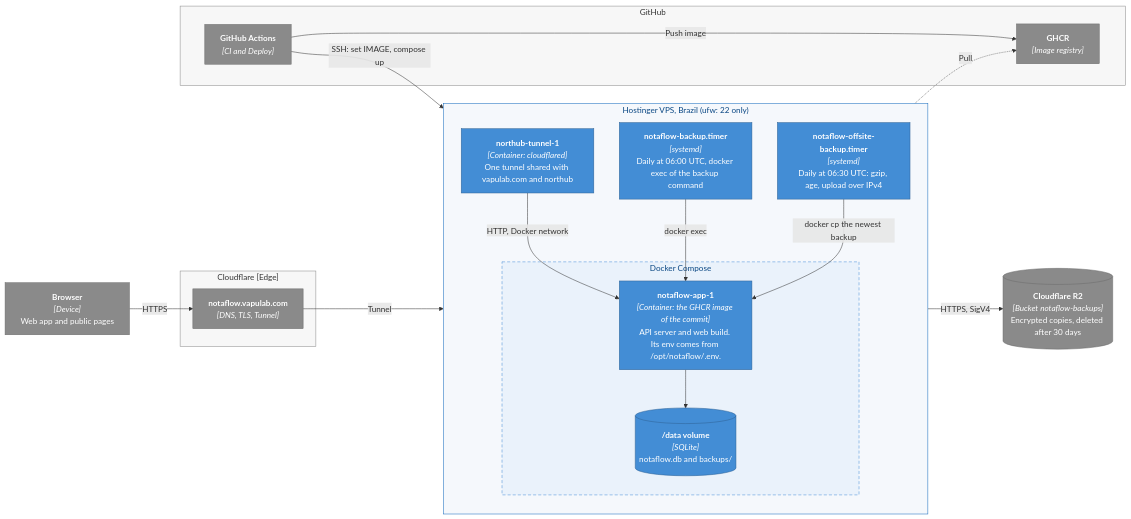
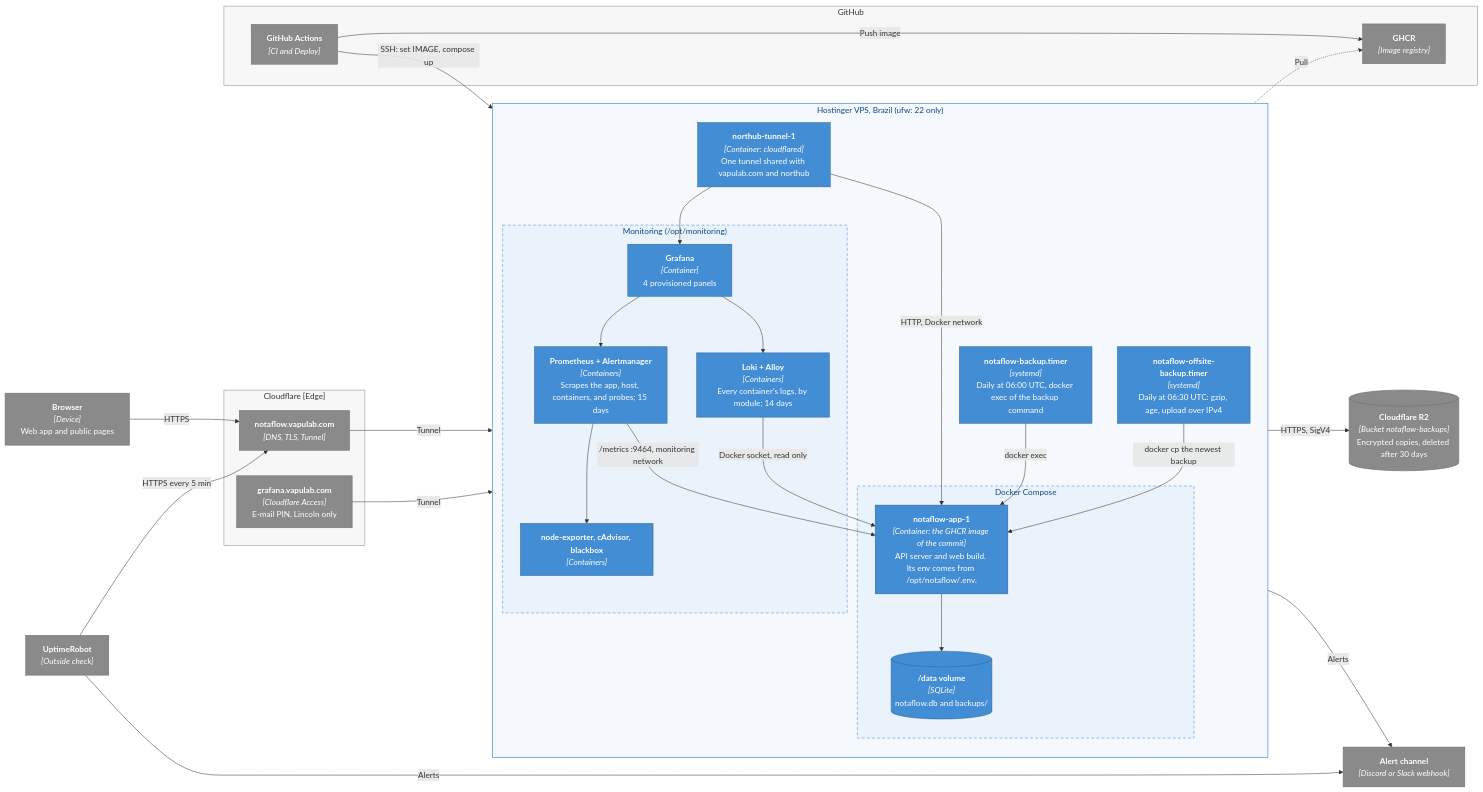
Before and after one commit to Vapulab/notaflow: the diagram in docs/ENGINEERING/ARCHITECTURE/diagrams/c4-4-deployment.mmd, drawn with Mermaid. The commit also changed 9 other files, not shown here.

First line of the commit message:
docs: monitoring tutorial and C4 diagrams; the request completion log carries its module

```diff
--- a/docs/ENGINEERING/ARCHITECTURE/diagrams/c4-4-deployment.mmd
+++ b/docs/ENGINEERING/ARCHITECTURE/diagrams/c4-4-deployment.mmd
@@ -1,45 +1,65 @@
 %% C4 deployment: production. Render with diagrams/render.html (see README.md).
 flowchart LR
   browser["<b>Browser</b><br/><i>[Device]</i><br/>Web app and public pages"]
 
   subgraph cf["Cloudflare [Edge]"]
     edge["<b>notaflow.vapulab.com</b><br/><i>[DNS, TLS, Tunnel]</i>"]
+    access["<b>grafana.vapulab.com</b><br/><i>[Cloudflare Access]</i><br/>E-mail PIN, Lincoln only"]
   end
 
   subgraph vps["Hostinger VPS, Brazil (ufw: 22 only)"]
     direction TB
     subgraph compose["Docker Compose"]
       app["<b>notaflow-app-1</b><br/><i>[Container: the GHCR image of the commit]</i><br/>API server and web build. Its env comes from /opt/notaflow/.env."]
       vol[("<b>/data volume</b><br/><i>[SQLite]</i><br/>notaflow.db and backups/")]
     end
     cloudflared["<b>northub-tunnel-1</b><br/><i>[Container: cloudflared]</i><br/>One tunnel shared with vapulab.com and northub"]
     timer["<b>notaflow-backup.timer</b><br/><i>[systemd]</i><br/>Daily at 06:00 UTC, docker exec of the backup command"]
     offsite["<b>notaflow-offsite-backup.timer</b><br/><i>[systemd]</i><br/>Daily at 06:30 UTC: gzip, age, upload over IPv4"]
+    subgraph mon["Monitoring (/opt/monitoring)"]
+      prom["<b>Prometheus + Alertmanager</b><br/><i>[Containers]</i><br/>Scrapes the app, host, containers, and probes; 15 days"]
+      logs["<b>Loki + Alloy</b><br/><i>[Containers]</i><br/>Every container's logs, by module; 14 days"]
+      exporters["<b>node-exporter, cAdvisor, blackbox</b><br/><i>[Containers]</i>"]
+      grafana["<b>Grafana</b><br/><i>[Container]</i><br/>4 provisioned panels"]
+    end
   end
 
+  channel["<b>Alert channel</b><br/><i>[Discord or Slack webhook]</i>"]
+  uptime["<b>UptimeRobot</b><br/><i>[Outside check]</i>"]
   r2[("<b>Cloudflare R2</b><br/><i>[Bucket notaflow-backups]</i><br/>Encrypted copies, deleted after 30 days")]
 
   subgraph gh["GitHub"]
     actions["<b>GitHub Actions</b><br/><i>[CI and Deploy]</i>"]
     ghcr["<b>GHCR</b><br/><i>[Image registry]</i>"]
   end
 
   browser -- "HTTPS" --> edge
   edge -- "Tunnel" --> cloudflared
   cloudflared -- "HTTP, Docker network" --> app
   app --> vol
   timer -- "docker exec" --> app
   offsite -- "docker cp the newest backup" --> app
   offsite -- "HTTPS, SigV4" --> r2
   actions -- "Push image" --> ghcr
   actions -- "SSH: set IMAGE, compose up" --> app
   app -. "Pull" .-> ghcr
+  prom -- "/metrics :9464, monitoring network" --> app
+  prom --> exporters
+  logs -- "Docker socket, read only" --> app
+  grafana --> prom
+  grafana --> logs
+  access -- "Tunnel" --> cloudflared
+  cloudflared --> grafana
+  prom -- "Alerts" --> channel
+  uptime -- "HTTPS every 5 min" --> edge
+  uptime -- "Alerts" --> channel
 
   classDef node fill:#438dd5,stroke:#2e6295,color:#fff
   classDef external fill:#8a8a8a,stroke:#6b6b6b,color:#fff
-  class app,vol,cloudflared,timer,offsite node
-  class browser,edge,actions,ghcr,r2 external
+  class app,vol,cloudflared,timer,offsite,prom,logs,exporters,grafana node
+  class browser,edge,access,actions,ghcr,r2,channel,uptime external
   style vps fill:#f5f8fc,stroke:#1168bd,color:#0b4884
   style compose fill:#eaf2fb,stroke:#438dd5,stroke-dasharray:6 4,color:#0b4884
   style cf fill:#f7f7f7,stroke:#8a8a8a,color:#333
+  style mon fill:#eaf2fb,stroke:#438dd5,stroke-dasharray:6 4,color:#0b4884
   style gh fill:#f7f7f7,stroke:#8a8a8a,color:#333
```
